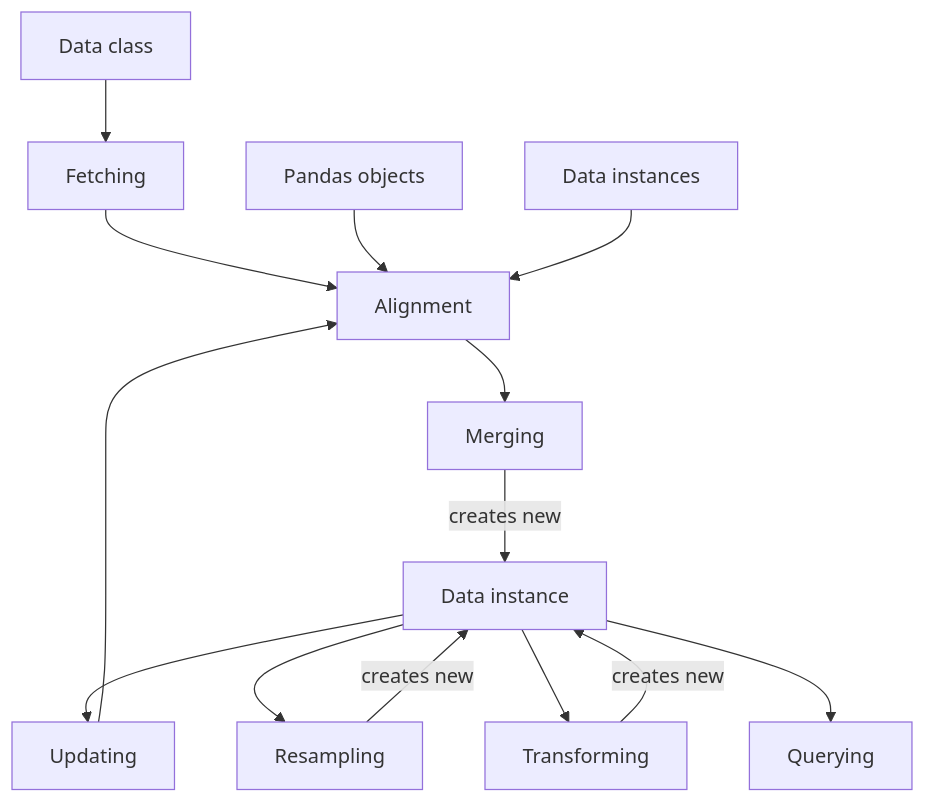
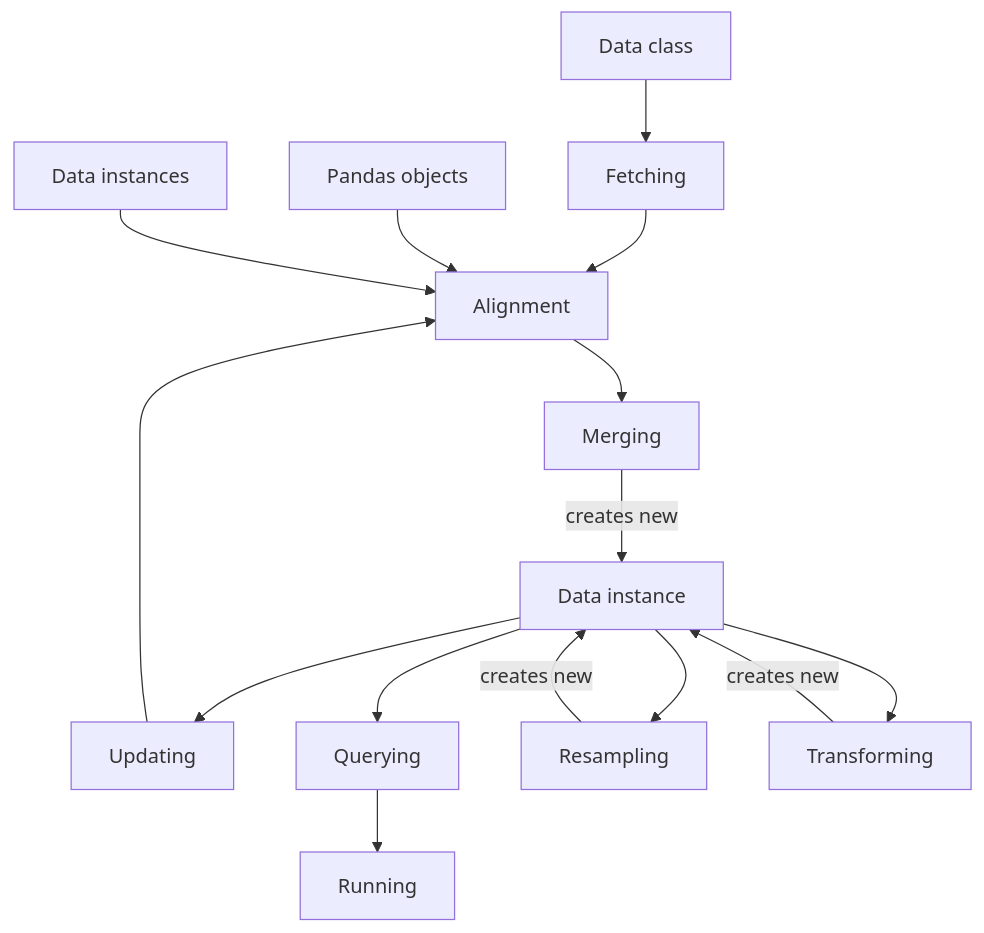
The diagram in docs/docs/documentation/data/index.md (IgorDrgonec/VectorBT-Flask), drawn with Mermaid before and after one commit. The commit also changed other lines of this file and 161 other files, not shown here.

````diff
--- a/docs/docs/documentation/data/index.md
+++ b/docs/docs/documentation/data/index.md
@@ -21,28 +21,30 @@
 ```mermaid
 flowchart TD;
     id1["Data class"]
     id2["Fetching"]
     id3["Pandas objects"]
     id4["Data instances"]
     id5["Alignment"]
     id6["Merging"]
     id7["Data instance"]
     id8["Updating"]
     id9["Querying"]
     id10["Resampling"]
     id11["Transforming"]
+    id12["Running"]
     
     id1 --> id2;
     id2 --> id5;
     id3 --> id5;
     id4 --> id5;
     id5 --> id6;
     id6 -->|"creates new"| id7;
     id7 --> id8;
     id7 --> id10;
     id10 -->|"creates new"| id7;
     id7 --> id11;
     id11 -->|"creates new"| id7;
     id8 --> id5;
     id7 --> id9;
+    id9 --> id12;
 ```
````
